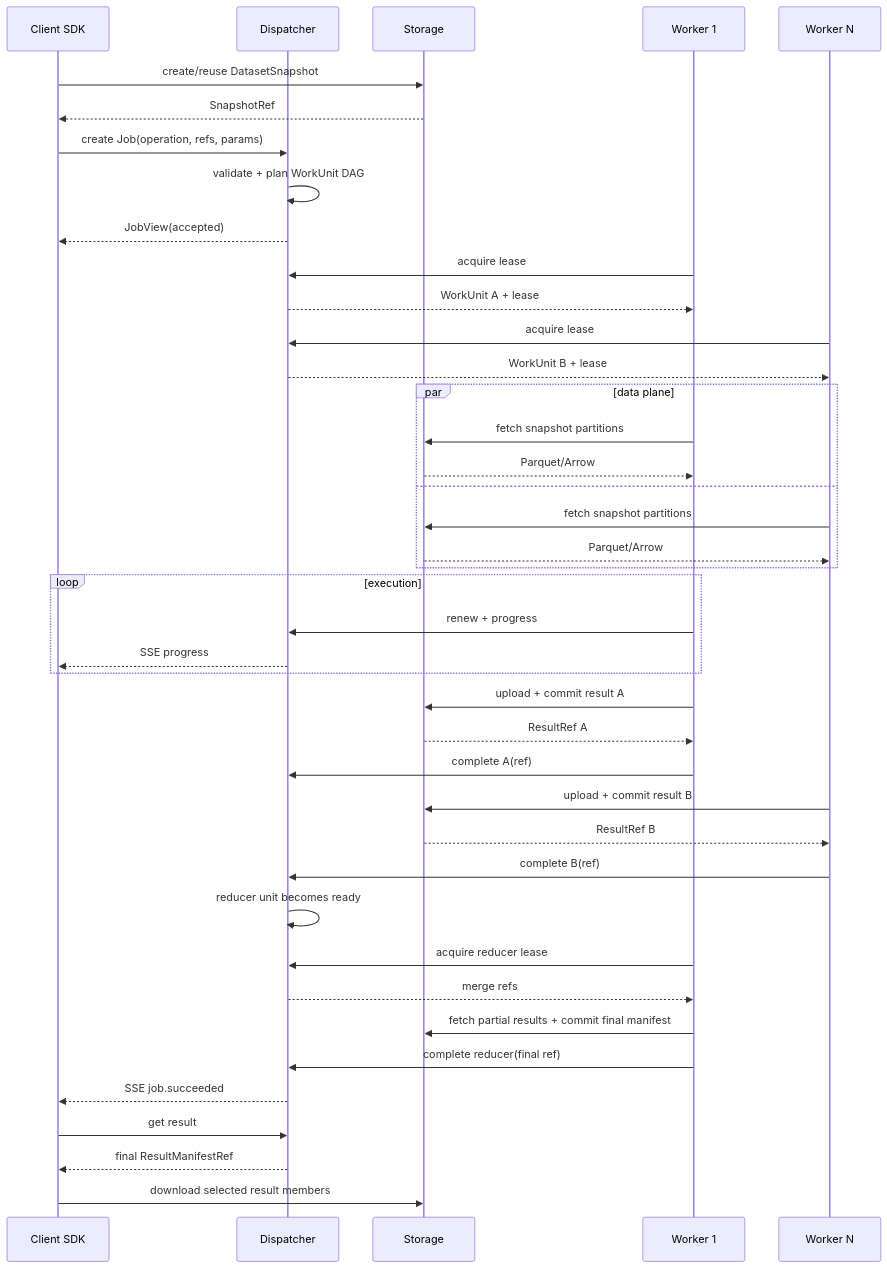
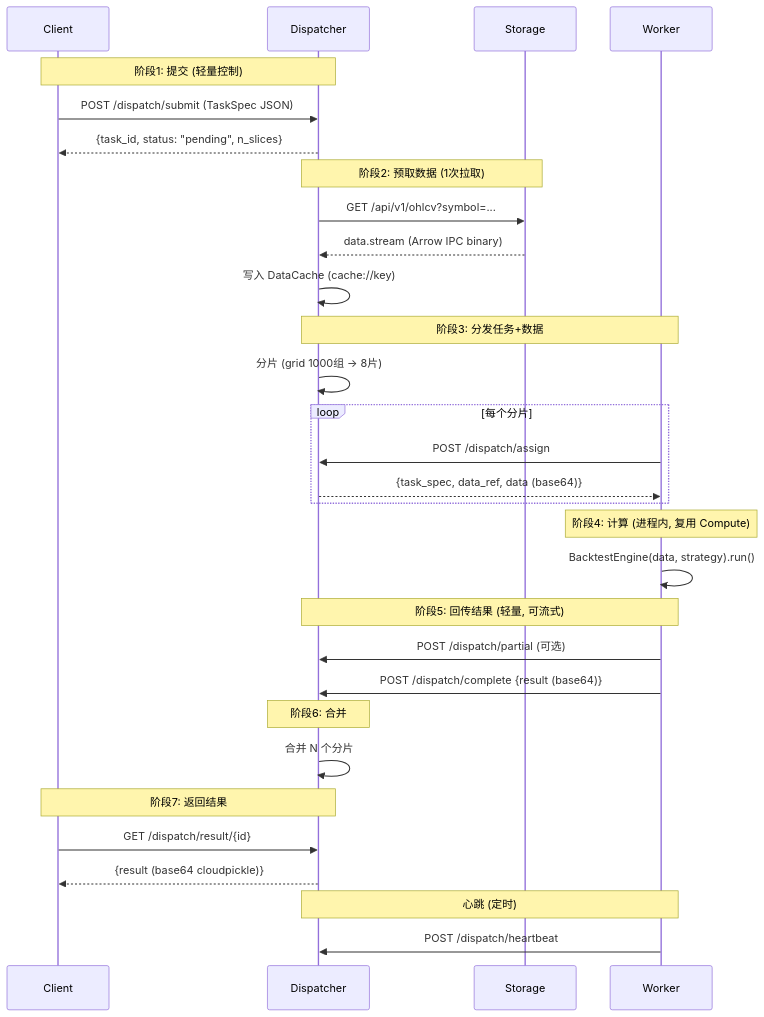
Before and after one commit to RESBI/StockStatistic: the second of 2 diagrams in V31design/designV31/DESIGN_PROT_V31.md, drawn with Mermaid. The commit also changed other lines of this file and 27 other files, not shown here.

First line of the commit message:
Overwrite V31design with finalized V3.1 architecture docs + implementation reports

````diff
--- a/V31design/designV31/DESIGN_PROT_V31.md
+++ b/V31design/designV31/DESIGN_PROT_V31.md
@@ -1061,49 +943,40 @@
 ```mermaid
 sequenceDiagram
-    participant C as Client SDK
+    participant C as Client
     participant D as Dispatcher
     participant S as Storage
-    participant W1 as Worker 1
-    participant W2 as Worker N
+    participant W as Worker
 
-    C->>S: create/reuse DatasetSnapshot
-    S-->>C: SnapshotRef
-    C->>D: create Job(operation, refs, params)
-    D->>D: validate + plan WorkUnit DAG
-    D-->>C: JobView(accepted)
+    Note over C,D: 阶段1: 提交 (轻量控制)
+    C->>D: POST /dispatch/submit (TaskSpec JSON)
+    D-->>C: {task_id, status: "pending", n_slices}
 
-    W1->>D: acquire lease
-    D-->>W1: WorkUnit A + lease
-    W2->>D: acquire lease
-    D-->>W2: WorkUnit B + lease
+    Note over D,S: 阶段2: 预取数据 (1次拉取)
+    D->>S: GET /api/v1/ohlcv?symbol=...
+    S-->>D: data.stream (Arrow IPC binary)
+    D->>D: 写入 DataCache (cache://key)
 
-    par data plane
-        W1->>S: fetch snapshot partitions
-        S-->>W1: Parquet/Arrow
-    and
-        W2->>S: fetch snapshot partitions
-        S-->>W2: Parquet/Arrow
+    Note over D,W: 阶段3: 分发任务+数据
+    D->>D: 分片 (grid 1000组 → 8片)
+    loop 每个分片
+        W->>D: POST /dispatch/assign
+        D-->>W: {task_spec, data_ref, data (base64)}
     end
 
-    loop execution
-        W1->>D: renew + progress
-        D-->>C: SSE progress
-    end
+    Note over W: 阶段4: 计算 (进程内, 复用 Compute)
+    W->>W: BacktestEngine(data, strategy).run()
 
-    W1->>S: upload + commit result A
-    S-->>W1: ResultRef A
-    W1->>D: complete A(ref)
-    W2->>S: upload + commit result B
-    S-->>W2: ResultRef B
-    W2->>D: complete B(ref)
+    Note over W,D: 阶段5: 回传结果 (轻量, 可流式)
+    W->>D: POST /dispatch/partial (可选)
+    W->>D: POST /dispatch/complete {result (base64)}
 
-    D->>D: reducer unit becomes ready
-    W1->>D: acquire reducer lease
-    D-->>W1: merge refs
-    W1->>S: fetch partial results + commit final manifest
-    W1->>D: complete reducer(final ref)
-    D-->>C: SSE job.succeeded
-    C->>D: get result
-    D-->>C: final ResultManifestRef
-    C->>S: download selected result members
+    Note over D: 阶段6: 合并
+    D->>D: 合并 N 个分片
+
+    Note over C,D: 阶段7: 返回结果
+    C->>D: GET /dispatch/result/{id}
+    D-->>C: {result (base64 cloudpickle)}
+
+    Note over W,D: 心跳 (定时)
+    W->>D: POST /dispatch/heartbeat
 ```
````
